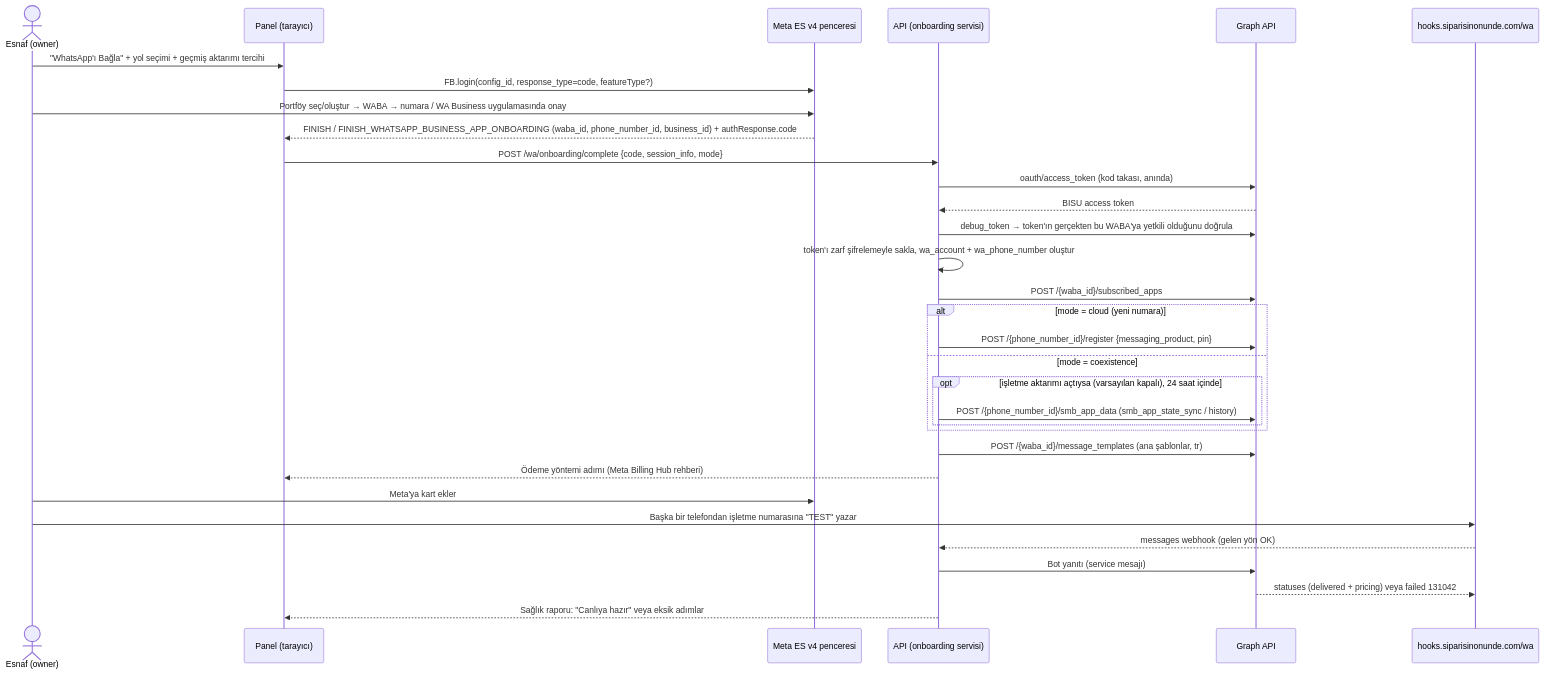
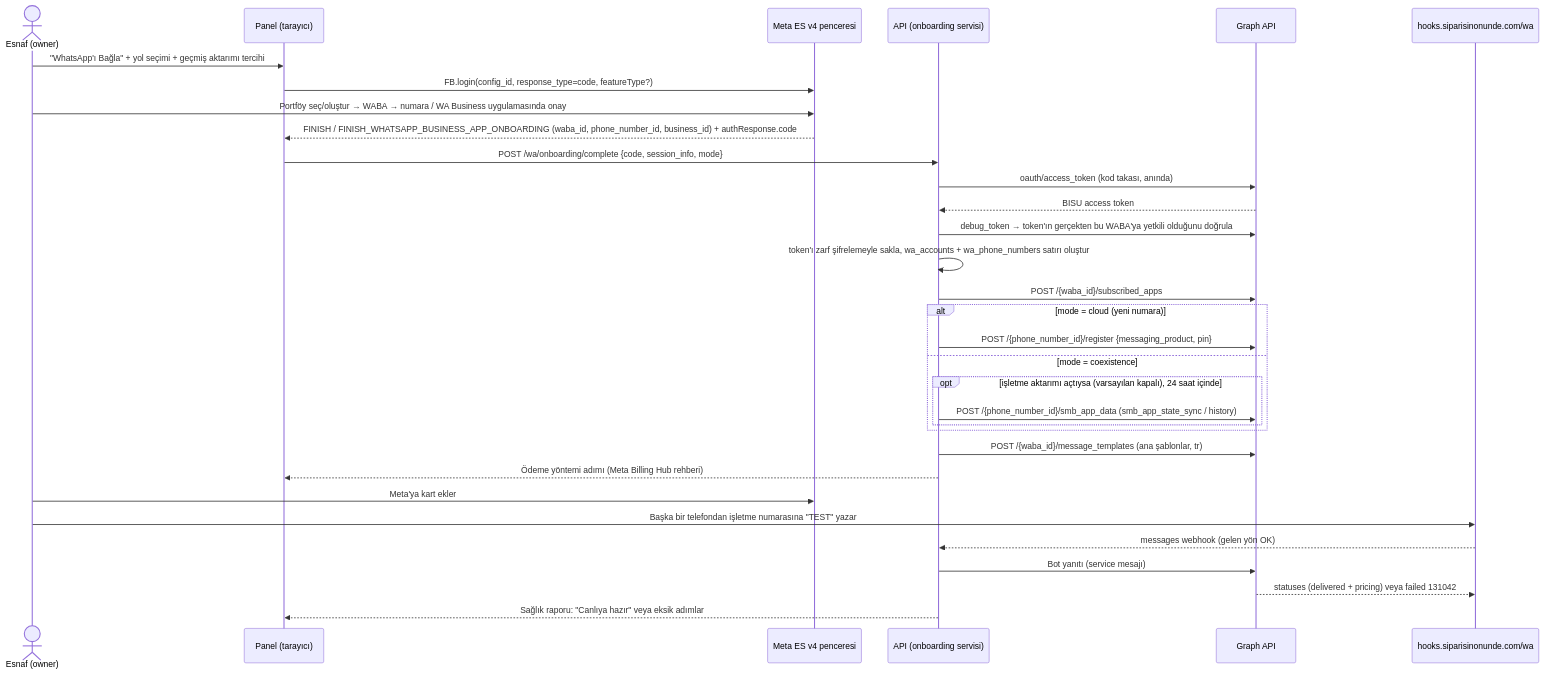
The second of 4 diagrams in docs/02-whatsapp-entegrasyonu.md (eraycaylak/siparisinonunde), drawn with Mermaid before and after one commit. The commit also changed other lines of this file and 10 other files, not shown here.

````diff
--- a/docs/02-whatsapp-entegrasyonu.md
+++ b/docs/02-whatsapp-entegrasyonu.md
@@ -109,34 +112,34 @@
 ```mermaid
 sequenceDiagram
   actor E as Esnaf (owner)
   participant P as Panel (tarayıcı)
   participant M as Meta ES v4 penceresi
   participant A as API (onboarding servisi)
   participant G as Graph API
   participant H as hooks.siparisinonunde.com/wa
   E->>P: "WhatsApp'ı Bağla" + yol seçimi + geçmiş aktarımı tercihi
   P->>M: FB.login(config_id, response_type=code, featureType?)
   E->>M: Portföy seç/oluştur → WABA → numara / WA Business uygulamasında onay
   M-->>P: FINISH / FINISH_WHATSAPP_BUSINESS_APP_ONBOARDING (waba_id, phone_number_id, business_id) + authResponse.code
   P->>A: POST /wa/onboarding/complete {code, session_info, mode}
   A->>G: oauth/access_token (kod takası, anında)
   G-->>A: BISU access token
   A->>G: debug_token → token'ın gerçekten bu WABA'ya yetkili olduğunu doğrula
-  A->>A: token'ı zarf şifrelemeyle sakla, wa_account + wa_phone_number oluştur
+  A->>A: token'ı zarf şifrelemeyle sakla, wa_accounts + wa_phone_numbers satırı oluştur
   A->>G: POST /{waba_id}/subscribed_apps
   alt mode = cloud (yeni numara)
     A->>G: POST /{phone_number_id}/register {messaging_product, pin}
   else mode = coexistence
     opt işletme aktarımı açtıysa (varsayılan kapalı), 24 saat içinde
       A->>G: POST /{phone_number_id}/smb_app_data (smb_app_state_sync / history)
     end
   end
   A->>G: POST /{waba_id}/message_templates (ana şablonlar, tr)
   A-->>P: Ödeme yöntemi adımı (Meta Billing Hub rehberi)
   E->>M: Meta'ya kart ekler
   E->>H: Başka bir telefondan işletme numarasına "TEST" yazar
   H-->>A: messages webhook (gelen yön OK)
   A->>G: Bot yanıtı (service mesajı)
   G-->>H: statuses (delivered + pricing) veya failed 131042
   A-->>P: Sağlık raporu: "Canlıya hazır" veya eksik adımlar
 ```
````
